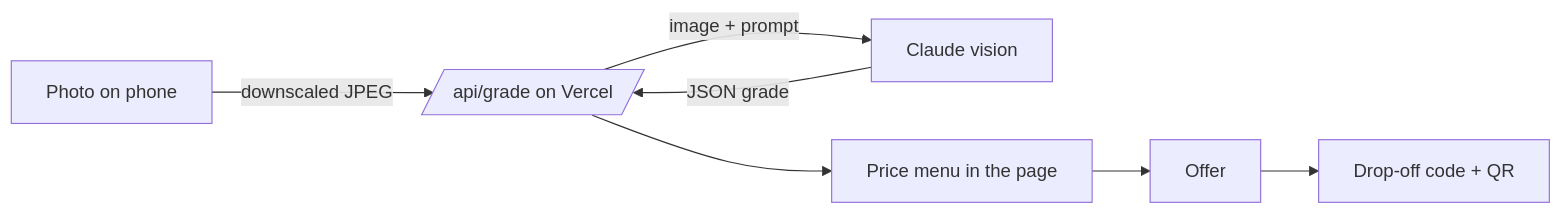
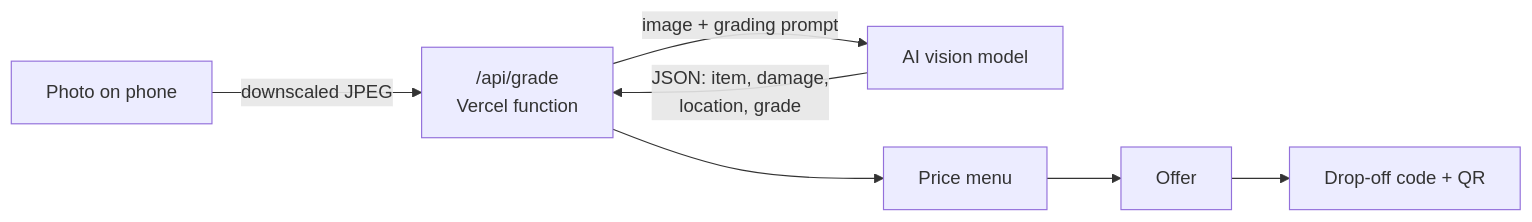
One commit to nick-devvv/second-look changed the diagram in README.md. Above: the diagram before and after it, drawn with Mermaid. The commit also changed other lines of this file and 2 other files, not shown here.

First line of the commit message:
README: product page with demo GIF, table and team

````diff
--- a/README.md
+++ b/README.md
@@ -16,7 +48,7 @@
 ```mermaid
 flowchart LR
-  A[Photo on phone] -->|downscaled JPEG| B[/api/grade on Vercel/]
-  B -->|image + prompt| C[Claude vision]
-  C -->|JSON grade| B --> D[Price menu in the page]
-  D --> E[Offer] --> F[Drop-off code + QR]
+  A[Photo on phone] -->|downscaled JPEG| B["/api/grade<br/>Vercel function"]
+  B -->|image + grading prompt| C[AI vision model]
+  C -->|JSON: item, damage,<br/>location, grade| B
+  B --> D[Price menu] --> E[Offer] --> F[Drop-off code + QR]
 ```
````
